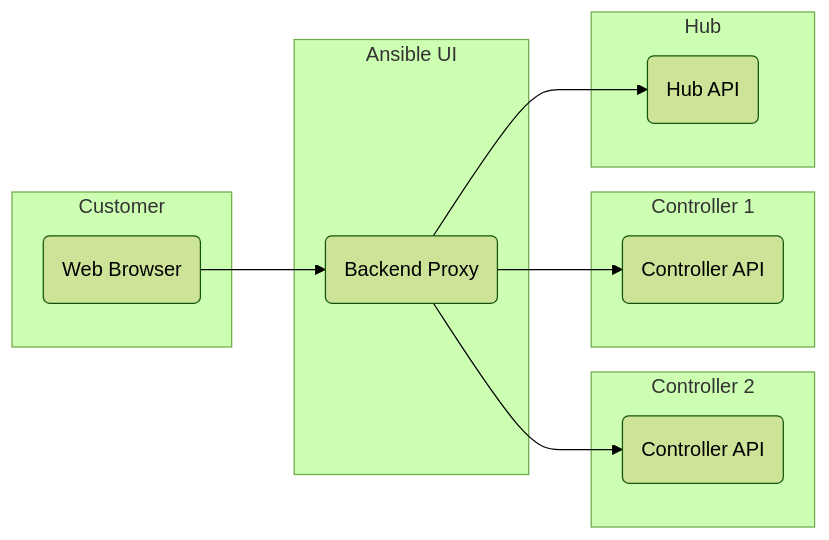
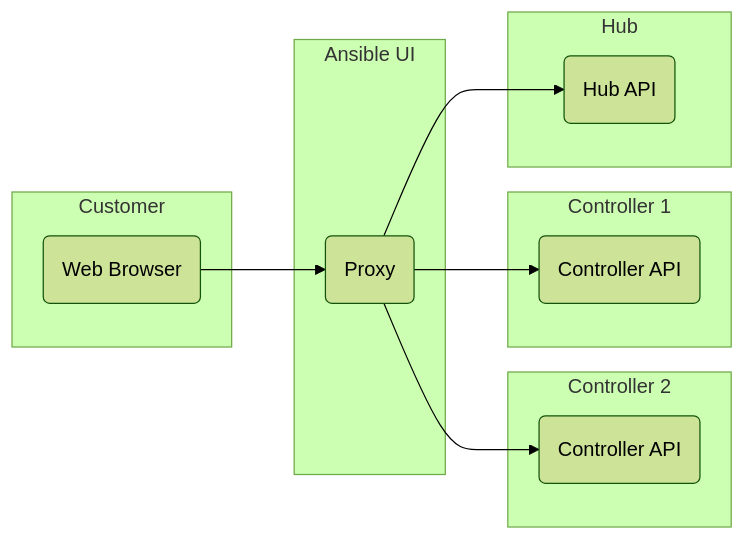
The diagram in docs/DEVELOPMENT.md (ansible/ansible-ui), drawn with Mermaid (forest theme) before and after one commit. The commit also changed other lines of this file and 14 other files, not shown here.

Commit message:
rename backend to proxy

````diff
--- a/docs/DEVELOPMENT.md
+++ b/docs/DEVELOPMENT.md
@@ -24,22 +24,22 @@
 ```mermaid
 graph LR
     subgraph Customer
     browser(Web Browser)
     end
 
     subgraph Ansible UI
-    browser-->backend(Backend Proxy)
+    browser-->proxy(Proxy)
     end
 
     subgraph Controller 2
-    backend-->controller2(Controller API)
+    proxy-->controller2(Controller API)
     end
 
     subgraph Controller 1
-    backend-->controller1(Controller API)
+    proxy-->controller1(Controller API)
     end
 
     subgraph Hub
-    backend-->hub(Hub API)
+    proxy-->hub(Hub API)
     end
 ```
````
